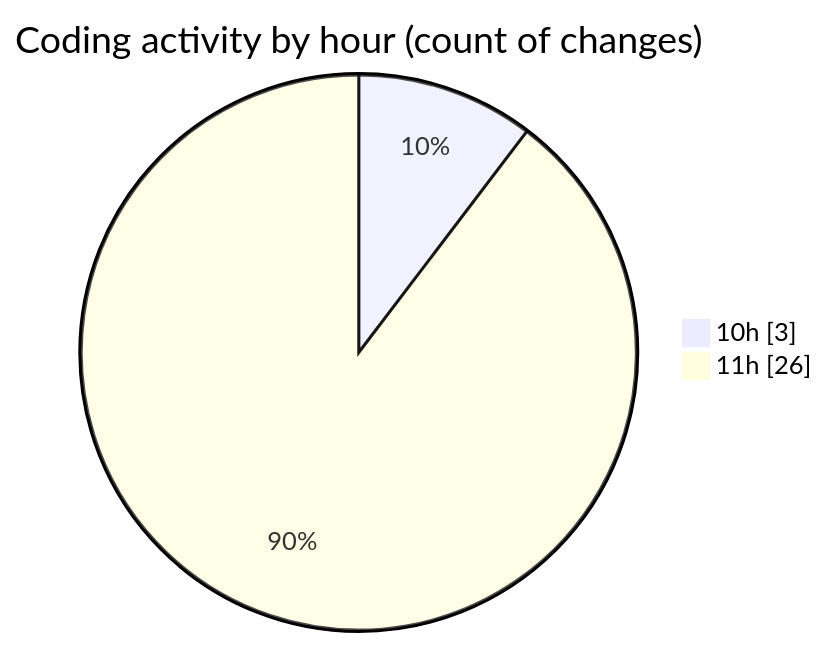
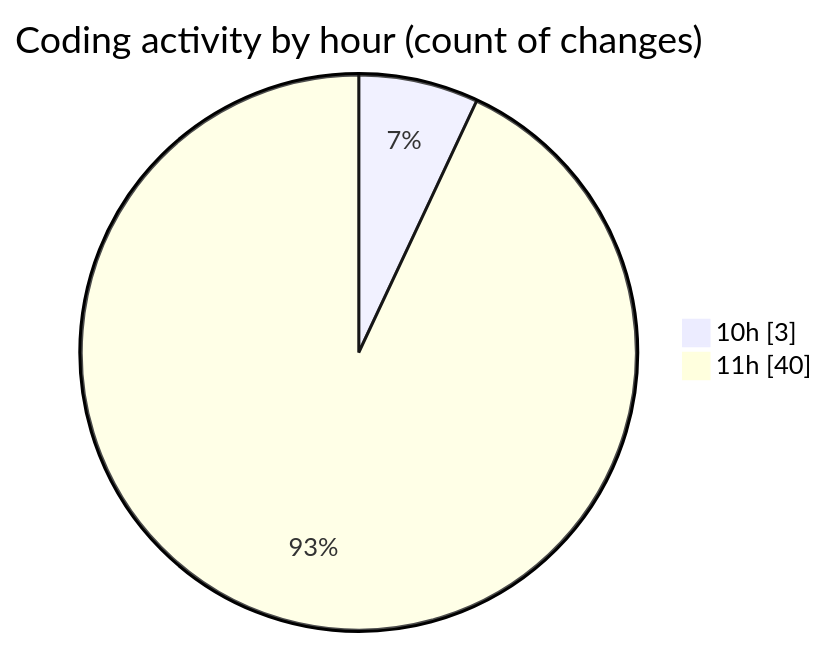
Before and after one commit to nxtqubesakshisongat/code-tracking: the second of 2 diagrams in 2025-07-11/argos/README.md, drawn with Mermaid. The commit also changed other lines of this file and 1 other file, not shown here.

````diff
--- a/2025-07-11/argos/README.md
+++ b/2025-07-11/argos/README.md
@@ -30,6 +30,6 @@
 ```mermaid
 pie showData
 title Coding activity by hour (count of changes)
 "10h" : 3
-"11h" : 26
+"11h" : 40
 ```
````
